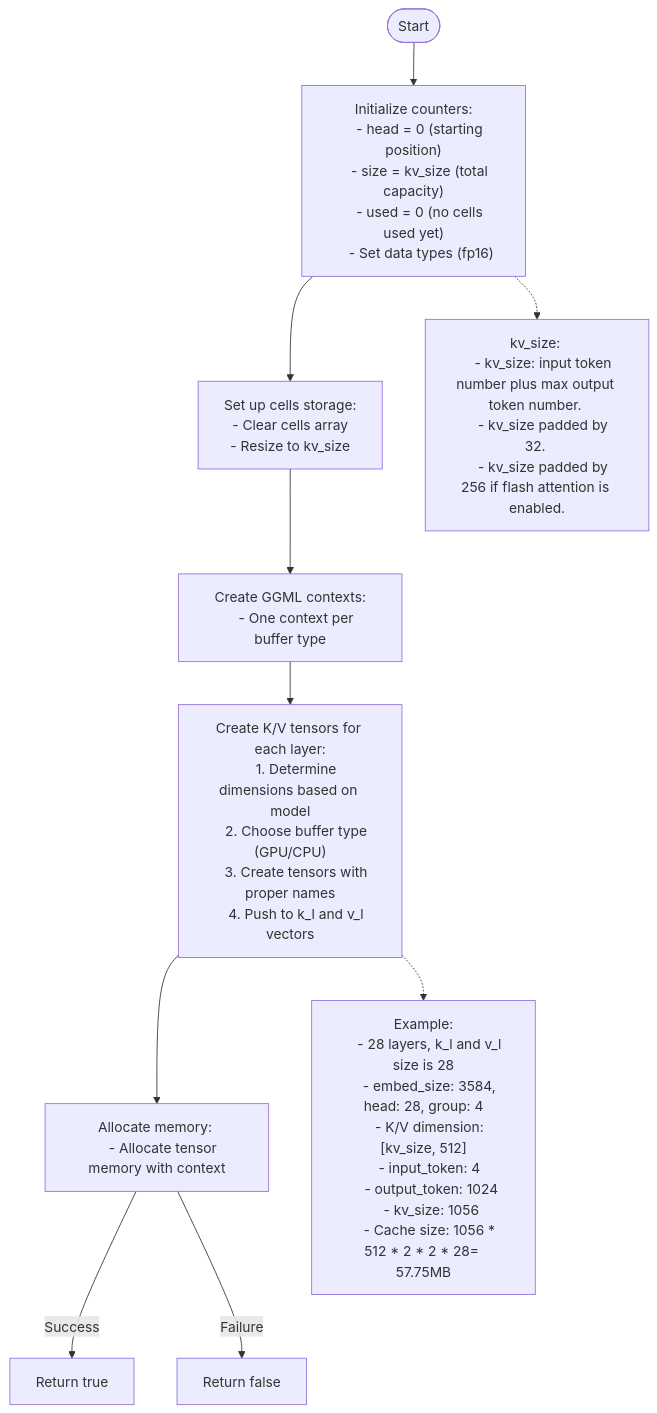
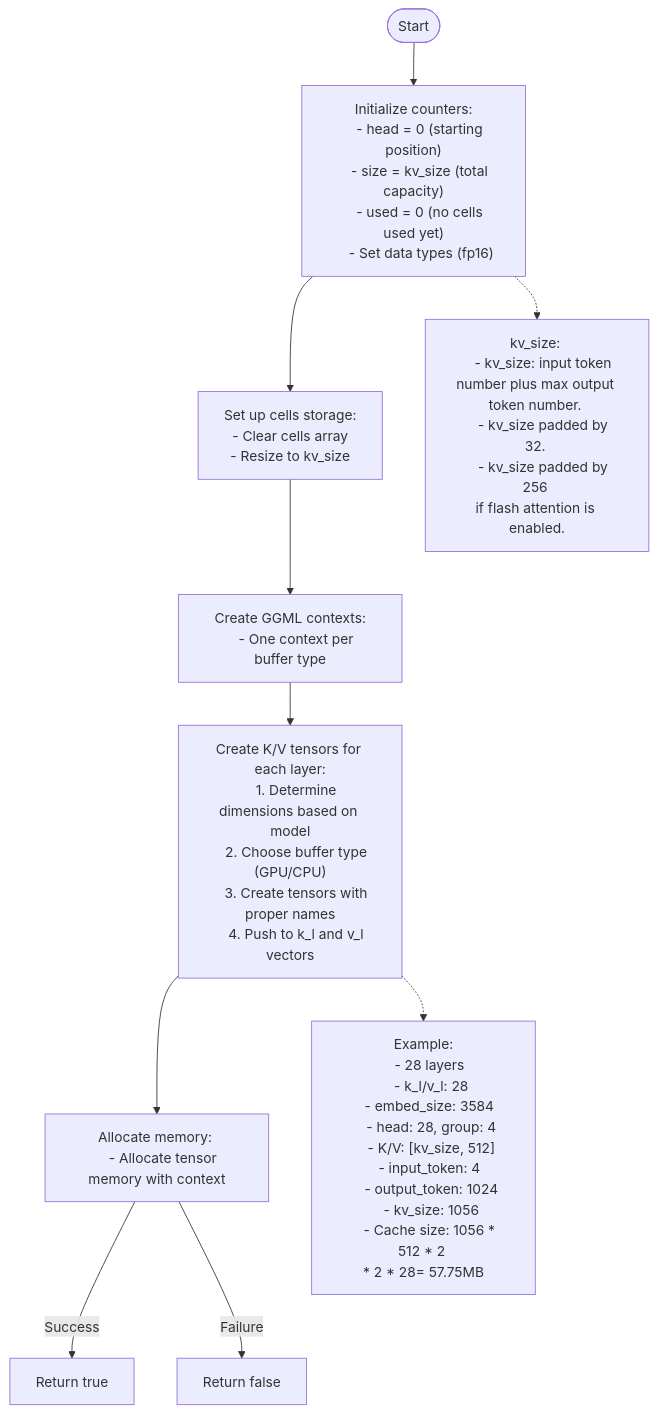
One commit to cshbli/ML-CV-AI changed diagram 11 of 16 in LLM/llama.cpp_flowchart.md. Above: the diagram before and after it, drawn with Mermaid.

Commit message:
Update kv cache init flow

````diff
--- a/LLM/llama.cpp_flowchart.md
+++ b/LLM/llama.cpp_flowchart.md
@@ -760,41 +760,43 @@
 ```mermaid
 flowchart TD
     start([Start]) --> init_counters["Initialize counters:
     - head = 0 (starting position)
     - size = kv_size (total capacity)
     - used = 0 (no cells used yet)
     - Set data types (fp16)"]    
     
     init_counters --> setup_cells["Set up cells storage:
     - Clear cells array
     - Resize to kv_size"]
 
     init_counters -.-> kv_size["kv_size: 
     - kv_size: input token number plus max output token number. 
     - kv_size padded by 32. 
-    - kv_size padded by 256 if flash attention is enabled."]
+    - kv_size padded by 256 <br>if flash attention is enabled."]
     
     setup_cells --> create_contexts["Create GGML contexts:
     - One context per buffer type"]
     
     create_contexts --> create_tensors["Create K/V tensors for each layer:
     1. Determine dimensions based on model
     2. Choose buffer type (GPU/CPU)
     3. Create tensors with proper names
     4. Push to k_l and v_l vectors"]    
     
     create_tensors --> allocate_memory["Allocate memory: 
     - Allocate tensor memory with context"]
 
     create_tensors -.-> cache_size["Example:
-    - 28 layers, k_l and v_l size is 28
-    - embed_size: 3584, head: 28, group: 4
-    - K/V dimension: [kv_size, 512]
+    - 28 layers 
+    - k_l/v_l: 28
+    - embed_size: 3584 
+    - head: 28, group: 4
+    - K/V: [kv_size, 512]
     - input_token: 4 
     - output_token: 1024
     - kv_size: 1056
-    - Cache size: 1056 * 512 * 2 * 2 * 28= 57.75MB"]
+    - Cache size: 1056 * 512 * 2 <br>* 2 * 28= 57.75MB"]
     
     allocate_memory -->|Success| return_true["Return true"]
     allocate_memory -->|Failure| return_false["Return false"]    
 ```
````
